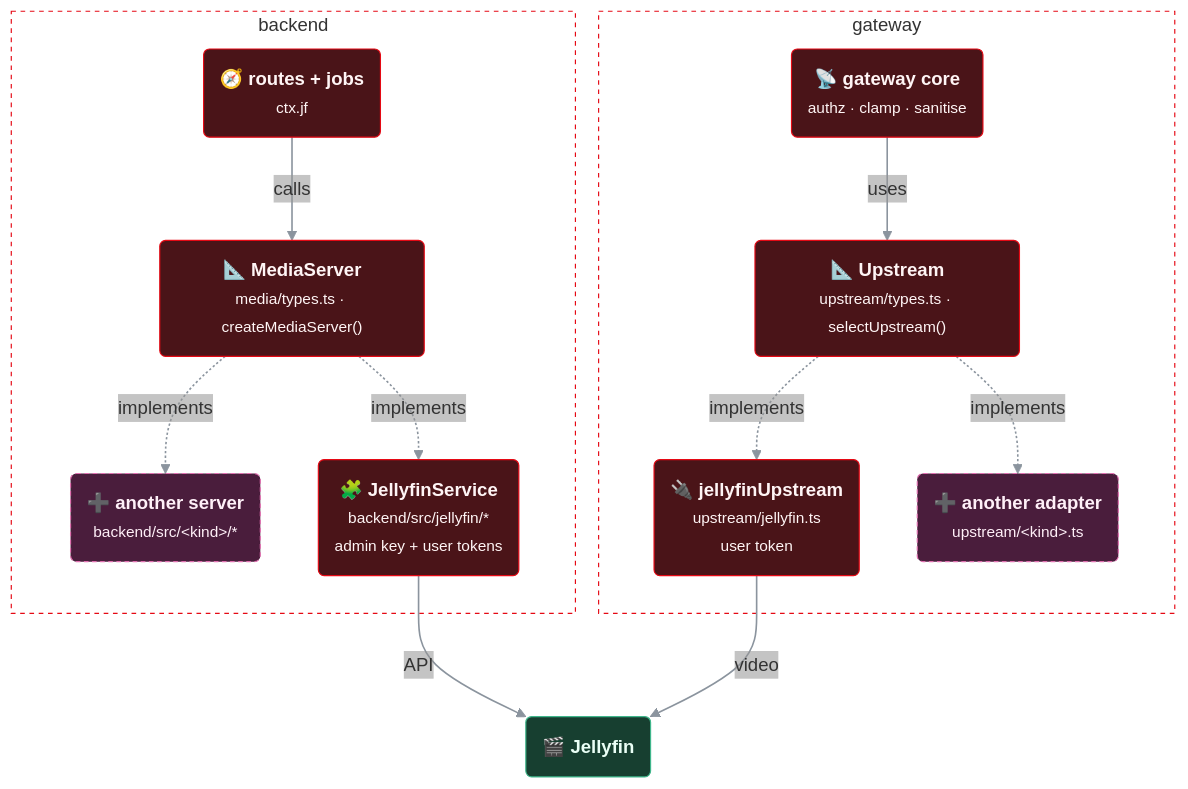
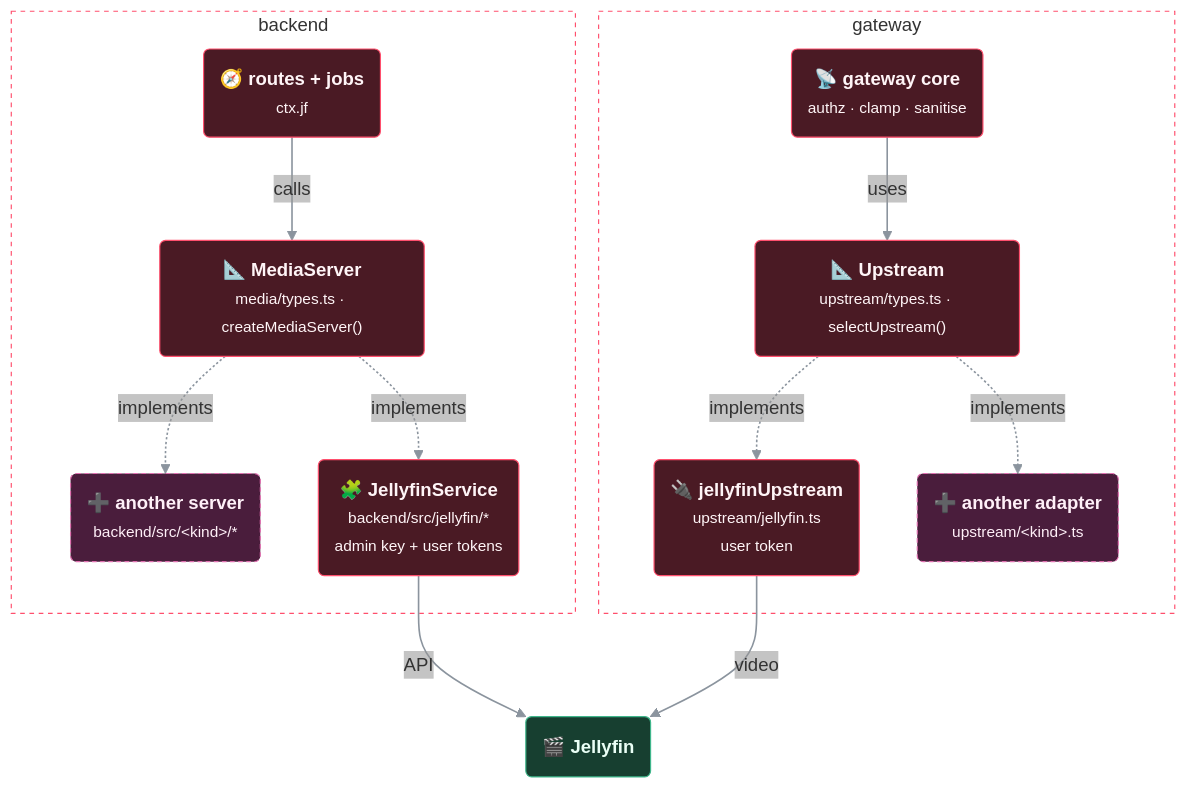
The third of 3 diagrams in docs/architecture.md (LetsManu/friendflix), drawn with Mermaid before and after one commit. The commit also changed other lines of this file and 211 other files, not shown here.

````diff
--- a/docs/architecture.md
+++ b/docs/architecture.md
@@ -136,47 +136,47 @@
 ```mermaid
 ---
 config:
   flowchart:
     curve: basis
     nodeSpacing: 50
     rankSpacing: 65
     padding: 14
   themeVariables:
     edgeLabelBackground: 'rgba(150,150,150,0.12)'
   themeCSS: '.labelBkg { background-color: rgba(127,127,127,0.12) !important; }'
 ---
 flowchart TB
   accTitle: The media server seam
   accDescr: Backend routes call the MediaServer interface and the gateway core calls the Upstream adapter interface. Each media server kind provides one implementation of each, selected by MEDIA_SERVER.
   subgraph BEL["backend"]
     RT("🧭 <b>routes + jobs</b><br/><small>ctx.jf</small>"):::app
     IF("📐 <b>MediaServer</b><br/><small>media/types.ts · createMediaServer()</small>"):::app
     NI("➕ <b>another server</b><br/><small>backend/src/&lt;kind&gt;/*</small>"):::fork
     JFI("🧩 <b>JellyfinService</b><br/><small>backend/src/jellyfin/*<br/>admin key + user tokens</small>"):::app
   end
   subgraph GWL["gateway"]
     CORE("📡 <b>gateway core</b><br/><small>authz · clamp · sanitise</small>"):::app
     UP("📐 <b>Upstream</b><br/><small>upstream/types.ts · selectUpstream()</small>"):::app
     JFU("🔌 <b>jellyfinUpstream</b><br/><small>upstream/jellyfin.ts<br/>user token</small>"):::app
     NU("➕ <b>another adapter</b><br/><small>upstream/&lt;kind&gt;.ts</small>"):::fork
   end
   RT -->|calls| IF
   CORE -->|uses| UP
   IF -.->|"implements"| JFI
   IF -.->|"implements"| NI
   JFI ==>|API| JF
   UP -.->|"implements"| JFU
   UP -.->|"implements"| NU
   JFU ==>|"video"| JF
   JF("🎬 <b>Jellyfin</b>"):::media
   classDef ext fill:#30363d,stroke:#8b949e,stroke-width:1px,color:#f0f6fc
   classDef edge fill:#2d2a4a,stroke:#9d8cf0,stroke-width:1px,color:#f0f6fc
-  classDef app fill:#4a1418,stroke:#e50914,stroke-width:1px,color:#fff5f5
+  classDef app fill:#4a1a24,stroke:#ff4f6d,stroke-width:1px,color:#fff5f7
   classDef store fill:#4a3a14,stroke:#d4a72c,stroke-width:1px,color:#fff8e6
   classDef media fill:#173f30,stroke:#3fb68b,stroke-width:1px,color:#eafff6
   classDef svc fill:#163e4c,stroke:#56b6d6,stroke-width:1px,color:#eaf9ff
   classDef fork fill:#4a1d3c,stroke:#e070b0,stroke-width:1px,stroke-dasharray:4 3,color:#fff0f8
   linkStyle default stroke:#8b949e,stroke-width:1.4px
-  style BEL fill:none,stroke:#e50914,stroke-width:1px,stroke-dasharray:4 4
-  style GWL fill:none,stroke:#e50914,stroke-width:1px,stroke-dasharray:4 4
+  style BEL fill:none,stroke:#ff4f6d,stroke-width:1px,stroke-dasharray:4 4
+  style GWL fill:none,stroke:#ff4f6d,stroke-width:1px,stroke-dasharray:4 4
 ```
````
